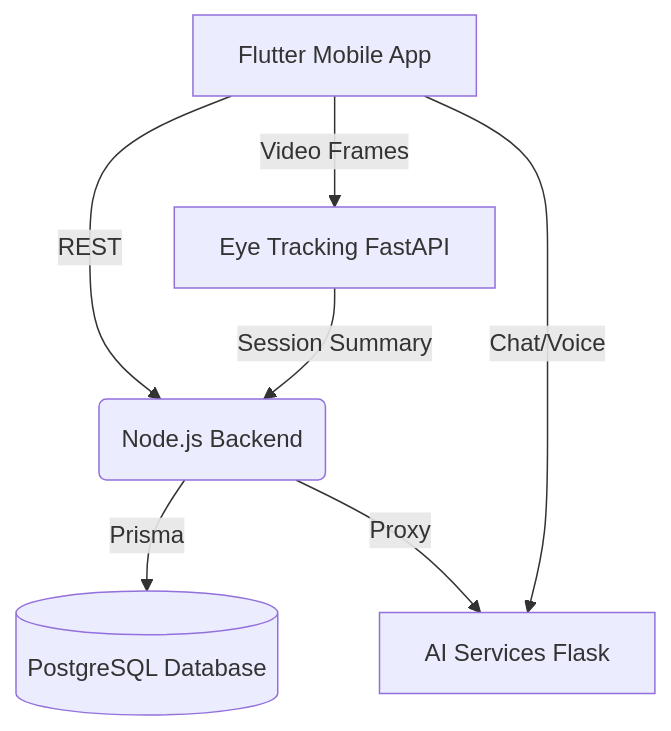
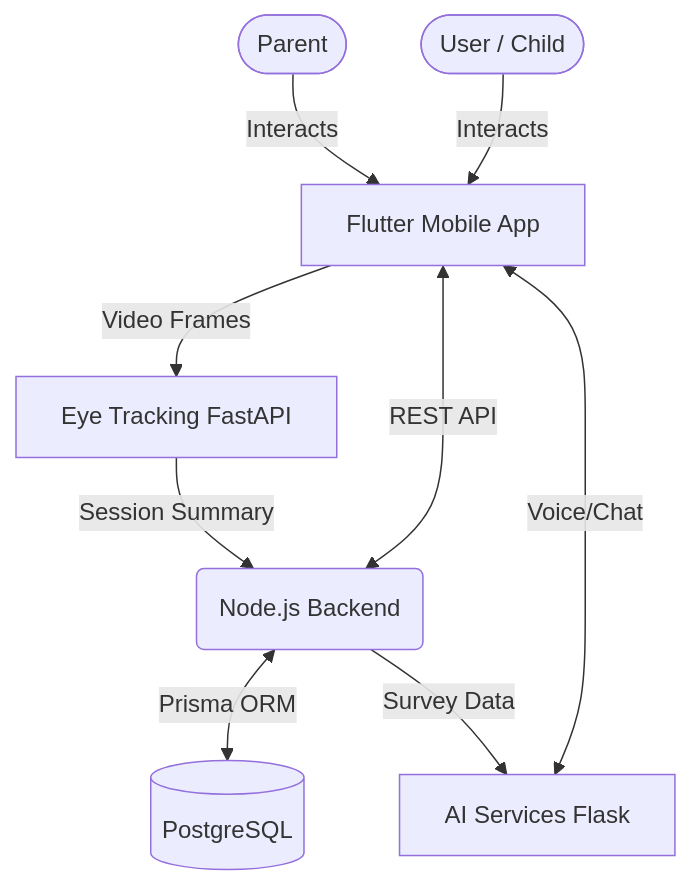
Before and after one commit to M07ammd/AutiMate: the first of 3 diagrams in README.md, drawn with Mermaid. The commit also changed other lines of this file, not shown here.

Commit message:
docs: add detailed system workflow diagrams

````diff
--- a/README.md
+++ b/README.md
@@ -15,9 +16,14 @@
 ```mermaid
 graph TD
-    A[Flutter Mobile App] -->|REST| B(Node.js Backend)
-    B -->|Prisma| C[(PostgreSQL Database)]
-    B -->|Proxy| D[AI Services Flask]
-    A -->|Chat/Voice| D
-    A -->|Video Frames| E[Eye Tracking FastAPI]
-    E -->|Session Summary| B
+    User([User / Child]) -->|Interacts| App[Flutter Mobile App]
+    Parent([Parent]) -->|Interacts| App
+    
+    App <-->|REST API| NodeBackend(Node.js Backend)
+    NodeBackend <-->|Prisma ORM| DB[(PostgreSQL)]
+    
+    App <-->|Voice/Chat| AI[AI Services Flask]
+    NodeBackend -->|Survey Data| AI
+    
+    App -->|Video Frames| EyeTrack[Eye Tracking FastAPI]
+    EyeTrack -->|Session Summary| NodeBackend
 ```
````
